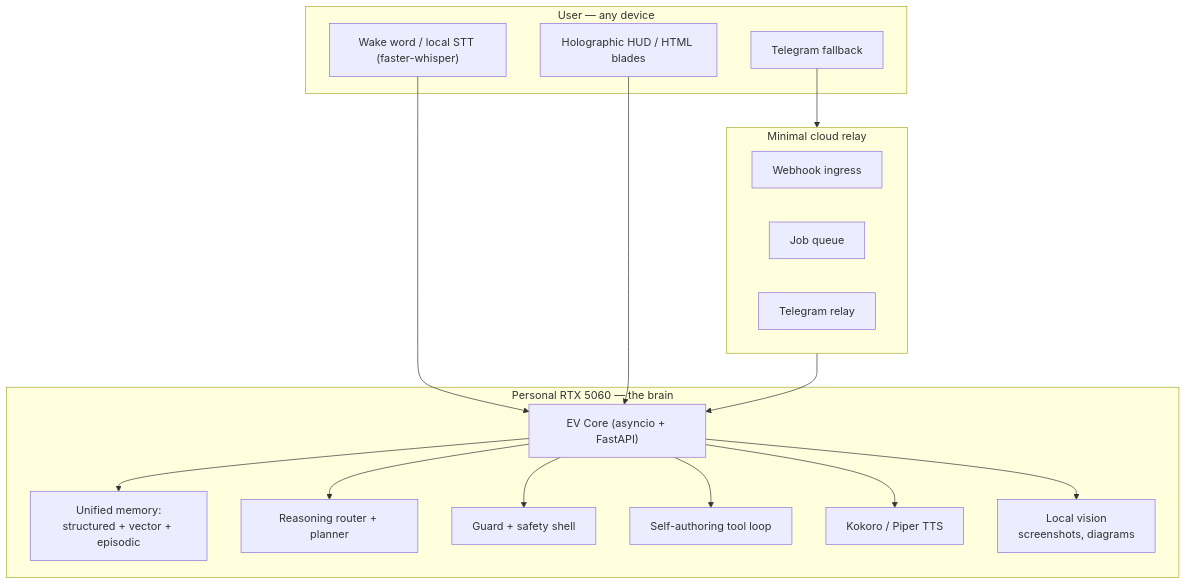
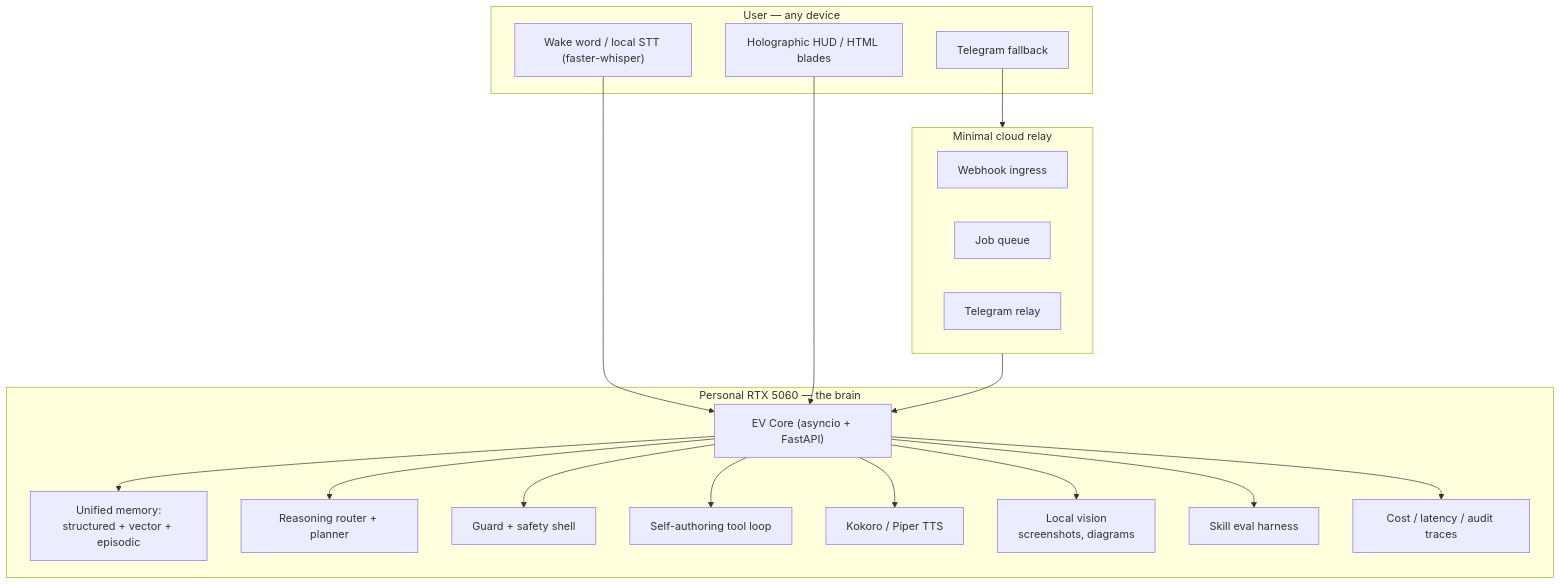
Before and after one commit to satyamdas03/Hi-EV: the tenth of 10 diagrams in docs/superpowers/architecture/hi-ev-end-to-end-architecture.md, drawn with Mermaid. The commit also changed other lines of this file and 37 other files, not shown here.

````diff
--- a/docs/superpowers/architecture/hi-ev-end-to-end-architecture.md
+++ b/docs/superpowers/architecture/hi-ev-end-to-end-architecture.md
@@ -407,34 +491,38 @@
 ```mermaid
 flowchart TB
     subgraph EndUser["User — any device"]
         Voice2["Wake word / local STT (faster-whisper)"]
         HUD2["Holographic HUD / HTML blades"]
         Phone2["Telegram fallback"]
     end
 
     subgraph EndLaptop["Personal RTX 5060 — the brain"]
         Core["EV Core (asyncio + FastAPI)"]
         Memory2["Unified memory:\nstructured + vector + episodic"]
         Reasoning2["Reasoning router + planner"]
         Guard2["Guard + safety shell"]
         ToolSelf["Self-authoring tool loop"]
         LocalTTS["Kokoro / Piper TTS"]
         Vision["Local vision\nscreenshots, diagrams"]
+        SkillEval["Skill eval harness"]
+        Observability["Cost / latency / audit traces"]
     end
 
     subgraph MinimalCloud["Minimal cloud relay"]
         Webhooks["Webhook ingress"]
         Queue["Job queue"]
         TelegramRelay["Telegram relay"]
     end
 
     Voice2 --> Core
     HUD2 --> Core
     Phone2 --> MinimalCloud --> Core
     Core --> Memory2
     Core --> Reasoning2
     Core --> Guard2
     Core --> ToolSelf
     Core --> LocalTTS
     Core --> Vision
+    Core --> SkillEval
+    Core --> Observability
 ```
````
